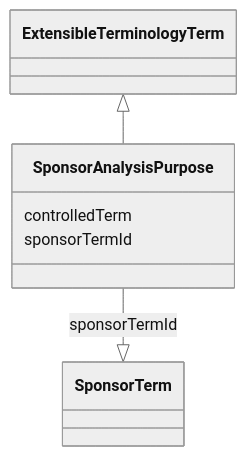
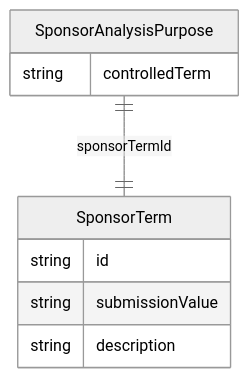
The diagram in project/docs/SponsorAnalysisPurpose.md (cdisc-org/analysis-results-standard), drawn with Mermaid (neutral theme) before and after one commit. The commit also changed 131 other files, not shown here.

Commit message:
Add top-level diagram to documentation

````diff
--- a/project/docs/SponsorAnalysisPurpose.md
+++ b/project/docs/SponsorAnalysisPurpose.md
@@ -14,13 +13,14 @@
 ```mermaid
- classDiagram
-    class SponsorAnalysisPurpose
-      ExtensibleTerminologyTerm <|-- SponsorAnalysisPurpose
-      
-      SponsorAnalysisPurpose : controlledTerm
-        
-      SponsorAnalysisPurpose : sponsorTermId
-        
-          SponsorAnalysisPurpose --|> SponsorTerm : sponsorTermId
-        
-      
+erDiagram
+SponsorAnalysisPurpose {
+    string controlledTerm  
+}
+SponsorTerm {
+    string id  
+    string submissionValue  
+    string description  
+}
+
+SponsorAnalysisPurpose ||--|| SponsorTerm : "sponsorTermId"
+
 ```
````
